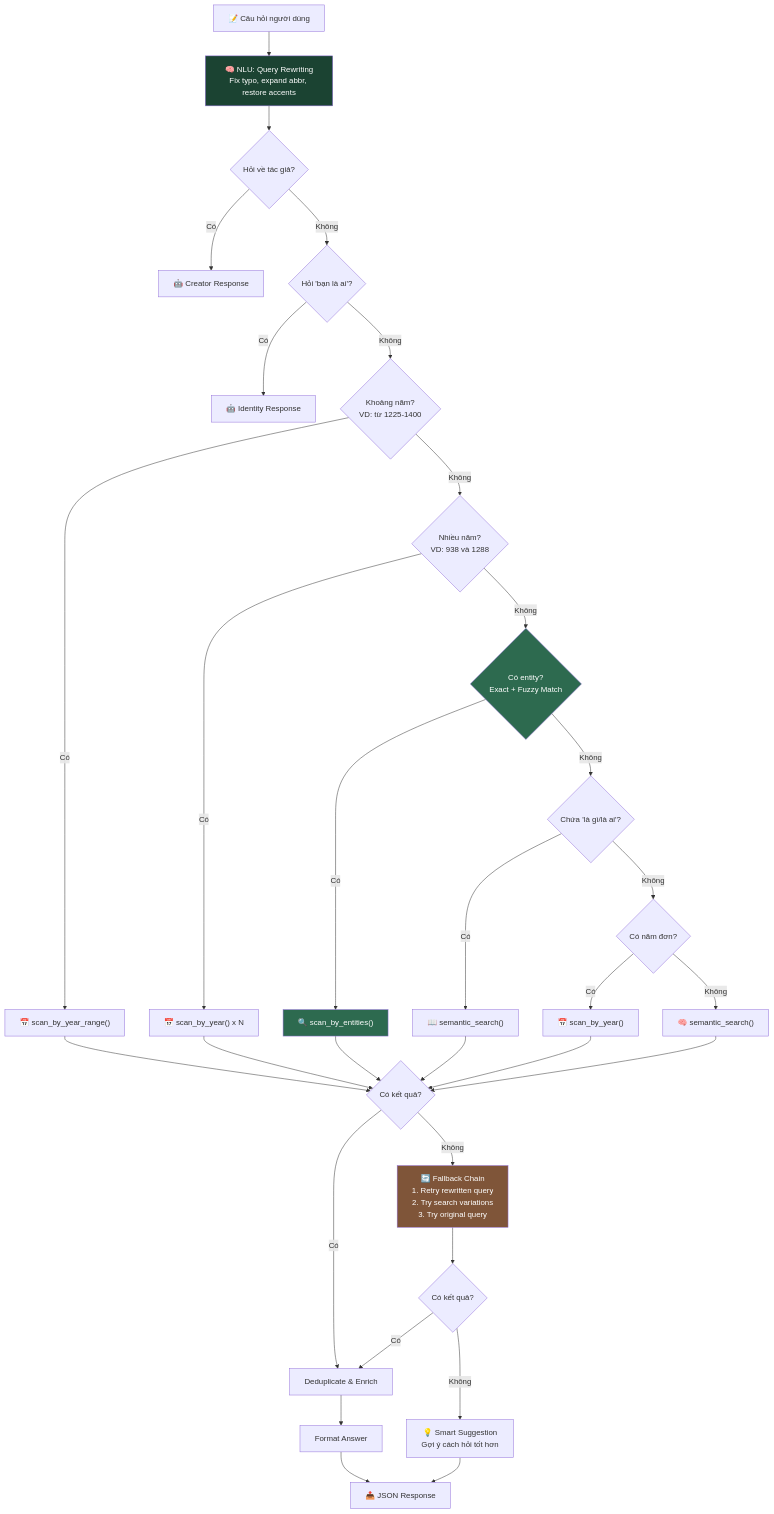
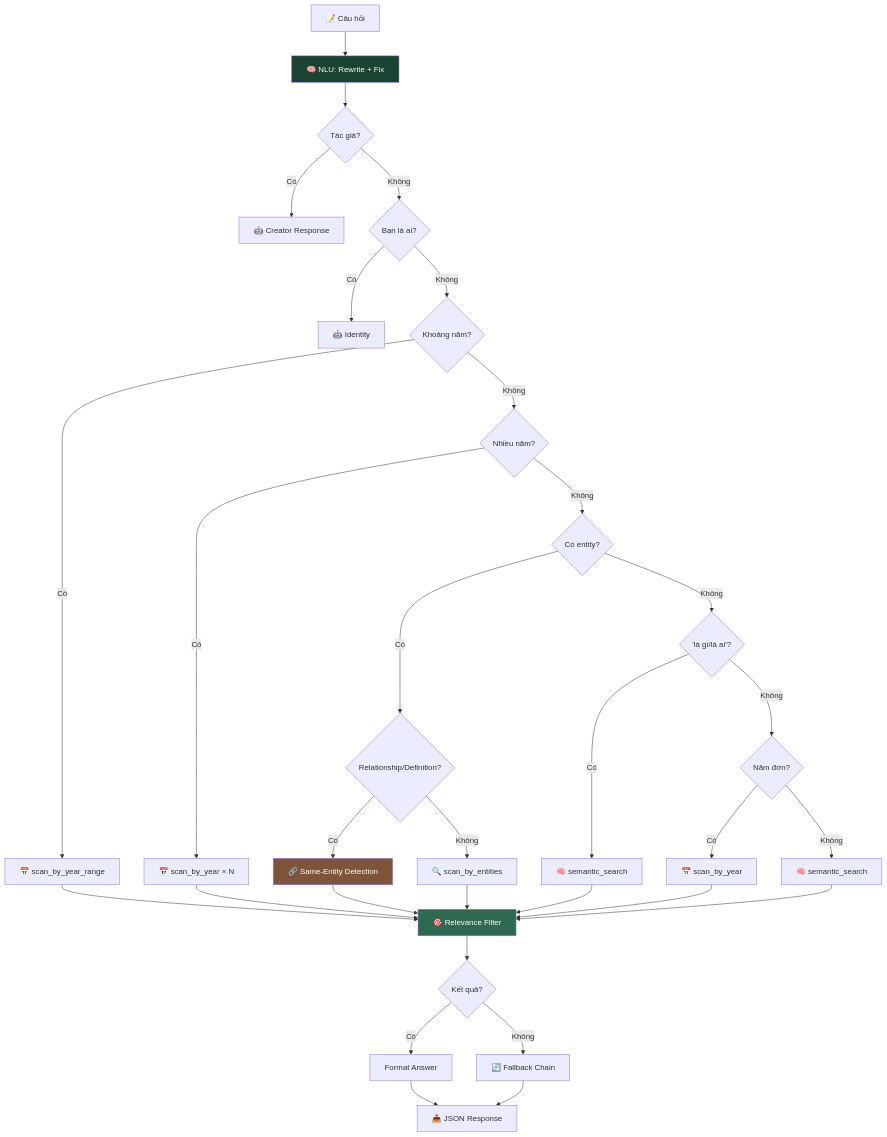
One commit to HistoryMindAI/vietnam_history_dataset changed the third of 3 diagrams in README.md. Above: the diagram before and after it, drawn with Mermaid. The commit also changed other lines of this file, not shown here.

Commit message:
docs: rewrite README with same-entity conditional + relevance filter docs

````diff
--- a/README.md
+++ b/README.md
@@ -165,34 +82,32 @@
 ```mermaid
 flowchart TD
-    INPUT["📝 Câu hỏi người dùng"] --> NLU["🧠 NLU: Query Rewriting<br/>Fix typo, expand abbr, restore accents"]
-    NLU --> CREATOR{"Hỏi về tác giả?"}
+    INPUT["📝 Câu hỏi"] --> NLU["🧠 NLU: Rewrite + Fix"]
+    NLU --> CREATOR{"Tác giả?"}
     CREATOR -- Có --> CR["🤖 Creator Response"]
-    CREATOR -- Không --> IDENTITY{"Hỏi 'bạn là ai'?"}
-    IDENTITY -- Có --> ID["🤖 Identity Response"]
-    IDENTITY -- Không --> YEAR_RANGE{"Khoảng năm?<br/>VD: từ 1225-1400"}
-    YEAR_RANGE -- Có --> YR["📅 scan_by_year_range()"]
-    YEAR_RANGE -- Không --> MULTI_YEAR{"Nhiều năm?<br/>VD: 938 và 1288"}
-    MULTI_YEAR -- Có --> MY["📅 scan_by_year() x N"]
-    MULTI_YEAR -- Không --> ENTITY{"Có entity?<br/>Exact + Fuzzy Match"}
-    ENTITY -- Có --> ME["🔍 scan_by_entities()"]
-    ENTITY -- Không --> DEFINITION{"Chứa 'là gì/là ai'?"}
-    DEFINITION -- Có --> DEF["📖 semantic_search()"]
-    DEFINITION -- Không --> SINGLE_YEAR{"Có năm đơn?"}
-    SINGLE_YEAR -- Có --> SY["📅 scan_by_year()"]
-    SINGLE_YEAR -- Không --> SEM["🧠 semantic_search()"]
+    CREATOR -- Không --> IDENTITY{"Bạn là ai?"}
+    IDENTITY -- Có --> ID["🤖 Identity"]
+    IDENTITY -- Không --> YEAR_RANGE{"Khoảng năm?"}
+    YEAR_RANGE -- Có --> YR["📅 scan_by_year_range"]
+    YEAR_RANGE -- Không --> MULTI_YEAR{"Nhiều năm?"}
+    MULTI_YEAR -- Có --> MY["📅 scan_by_year × N"]
+    MULTI_YEAR -- Không --> ENTITY{"Có entity?"}
+    ENTITY -- Có --> SAME_CHECK{"Relationship/Definition?"}
+    SAME_CHECK -- Có --> SAME["🔗 Same-Entity Detection"]
+    SAME_CHECK -- Không --> ME["🔍 scan_by_entities"]
+    ENTITY -- Không --> DEF{"'là gì/là ai'?"}
+    DEF -- Có --> SEM1["🧠 semantic_search"]
+    DEF -- Không --> SINGLE{"Năm đơn?"}
+    SINGLE -- Có --> SY["📅 scan_by_year"]
+    SINGLE -- Không --> SEM2["🧠 semantic_search"]
 
-    YR & MY & ME & DEF & SY & SEM --> RESULT{"Có kết quả?"}
-    RESULT -- Có --> DEDUP["Deduplicate & Enrich"]
-    RESULT -- Không --> FALLBACK["🔄 Fallback Chain<br/>1. Retry rewritten query<br/>2. Try search variations<br/>3. Try original query"]
-    FALLBACK --> RESULT2{"Có kết quả?"}
-    RESULT2 -- Có --> DEDUP
-    RESULT2 -- Không --> SUGGEST["💡 Smart Suggestion<br/>Gợi ý cách hỏi tốt hơn"]
-    DEDUP --> FORMAT["Format Answer"]
+    SAME & ME & YR & MY & SEM1 & SY & SEM2 --> FILTER["🎯 Relevance Filter"]
+    FILTER --> RESULT{"Kết quả?"}
+    RESULT -- Có --> FORMAT["Format Answer"]
+    RESULT -- Không --> FALLBACK["🔄 Fallback Chain"]
     FORMAT --> OUTPUT["📤 JSON Response"]
-    SUGGEST --> OUTPUT
+    FALLBACK --> OUTPUT
 
     style NLU fill:#1b4332,color:#fff
-    style FALLBACK fill:#7f5539,color:#fff
-    style ME fill:#2d6a4f,color:#fff
-    style ENTITY fill:#2d6a4f,color:#fff
+    style SAME fill:#7f5539,color:#fff
+    style FILTER fill:#2d6a4f,color:#fff
 ```
````
